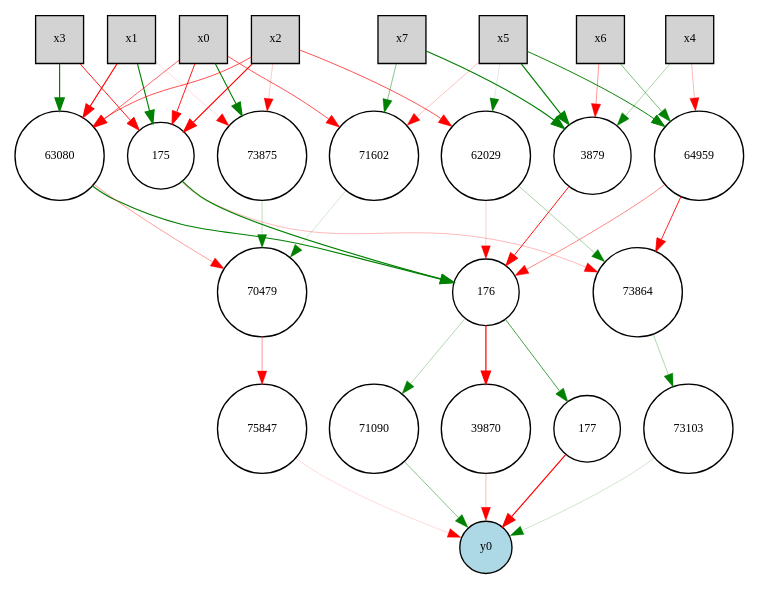
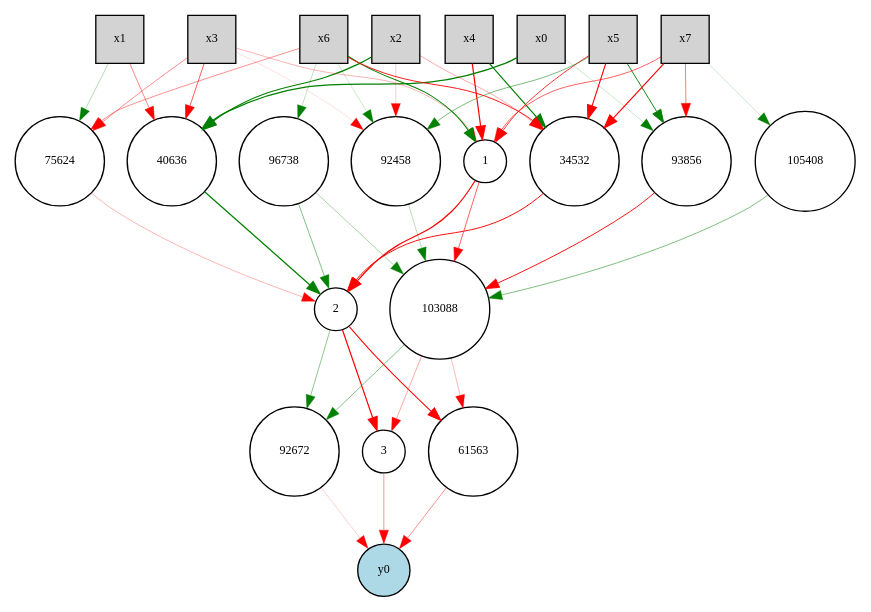
The diagram in Experiments/layered-mvg/trial0.gv (samlurye/CS229-Final-Project), drawn with Graphviz before and after one commit. The commit also changed 19 other files, not shown here.

```diff
--- a/Experiments/layered-mvg/trial0.gv
+++ b/Experiments/layered-mvg/trial0.gv
@@ -1,71 +1,70 @@
 digraph {
 	node [fontsize=9 height=0.1 shape=circle width=0.1]
 	x0 [fillcolor=lightgray height=0.5 shape=box style=filled width=0.5]
 	x1 [fillcolor=lightgray height=0.5 shape=box style=filled width=0.5]
 	x2 [fillcolor=lightgray height=0.5 shape=box style=filled width=0.5]
 	x3 [fillcolor=lightgray height=0.5 shape=box style=filled width=0.5]
 	x4 [fillcolor=lightgray height=0.5 shape=box style=filled width=0.5]
 	x5 [fillcolor=lightgray height=0.5 shape=box style=filled width=0.5]
 	x6 [fillcolor=lightgray height=0.5 shape=box style=filled width=0.5]
 	x7 [fillcolor=lightgray height=0.5 shape=box style=filled width=0.5]
 	y0 [fillcolor=lightblue style=filled]
-	73864 [fillcolor=white style=filled]
-	73103 [fillcolor=white style=filled]
-	73875 [fillcolor=white style=filled]
-	3879 [fillcolor=white style=filled]
-	175 [fillcolor=white style=filled]
-	176 [fillcolor=white style=filled]
-	177 [fillcolor=white style=filled]
-	71090 [fillcolor=white style=filled]
-	71602 [fillcolor=white style=filled]
-	39870 [fillcolor=white style=filled]
-	64959 [fillcolor=white style=filled]
-	75847 [fillcolor=white style=filled]
-	62029 [fillcolor=white style=filled]
-	70479 [fillcolor=white style=filled]
-	63080 [fillcolor=white style=filled]
-	x0 -> 175 [color=red penwidth=0.6799356460667406 style=solid]
-	x1 -> 175 [color=green penwidth=0.8619809511781317 style=solid]
-	175 -> 176 [color=green penwidth=0.9 style=solid]
-	x2 -> 175 [color=red penwidth=0.8853394128922127 style=solid]
-	x3 -> 175 [color=red penwidth=0.6807215270741449 style=solid]
-	176 -> 177 [color=green penwidth=0.5529908949863409 style=solid]
-	177 -> y0 [color=red penwidth=0.9 style=solid]
-	x4 -> 3879 [color=green penwidth=0.24829887966471595 style=solid]
-	3879 -> 176 [color=red penwidth=0.6989396048968377 style=solid]
-	x5 -> 3879 [color=green penwidth=0.9 style=solid]
-	x7 -> 3879 [color=green penwidth=0.9 style=solid]
-	39870 -> y0 [color=red penwidth=0.21037533708134007 style=solid]
-	176 -> 39870 [color=red penwidth=0.9 style=solid]
-	x6 -> 3879 [color=red penwidth=0.30723233058339133 style=solid]
-	x1 -> 63080 [color=red penwidth=0.7632627719158327 style=solid]
-	x4 -> 64959 [color=red penwidth=0.20866739833839681 style=solid]
-	x3 -> 63080 [color=green penwidth=0.886583326918546 style=solid]
-	x2 -> 62029 [color=red penwidth=0.5084076451337604 style=solid]
-	x0 -> 63080 [color=red penwidth=0.4553923014616671 style=solid]
-	x2 -> 63080 [color=red penwidth=0.5200762450297108 style=solid]
-	63080 -> 176 [color=green penwidth=0.9 style=solid]
-	x6 -> 64959 [color=green penwidth=0.3982412638834295 style=solid]
-	x5 -> 64959 [color=green penwidth=0.7334923663960686 style=solid]
-	71090 -> y0 [color=green penwidth=0.3582545994382047 style=solid]
-	x0 -> 71602 [color=red penwidth=0.5095058566683492 style=solid]
-	71602 -> 70479 [color=green penwidth=0.14156241518398838 style=solid]
-	62029 -> 176 [color=red penwidth=0.13708962195268265 style=solid]
-	73103 -> y0 [color=green penwidth=0.14674727600753754 style=solid]
-	73864 -> 73103 [color=green penwidth=0.2415780065871793 style=solid]
-	73875 -> 70479 [color=green penwidth=0.19968938924475252 style=solid]
-	x5 -> 62029 [color=green penwidth=0.10724780221251096 style=solid]
-	x5 -> 71602 [color=red penwidth=0.19215597426387582 style=solid]
-	x0 -> 73875 [color=green penwidth=0.8200888378989961 style=solid]
-	64959 -> 73864 [color=red penwidth=0.6569816519708805 style=solid]
-	x1 -> 73875 [color=red penwidth=0.1106671763148934 style=solid]
-	176 -> 71090 [color=green penwidth=0.22810943426547464 style=solid]
-	64959 -> 176 [color=red penwidth=0.35446634751031003 style=solid]
-	63080 -> 70479 [color=red penwidth=0.29134863860600313 style=solid]
-	x2 -> 73875 [color=red penwidth=0.15739727941795312 style=solid]
-	x7 -> 71602 [color=green penwidth=0.346911635054727 style=solid]
-	175 -> 73864 [color=red penwidth=0.21381898721235287 style=solid]
-	70479 -> 75847 [color=red penwidth=0.30951016998511394 style=solid]
-	75847 -> y0 [color=red penwidth=0.11394712340307687 style=solid]
-	62029 -> 73864 [color=green penwidth=0.25694772337166555 style=solid]
+	92672 [fillcolor=white style=filled]
+	2 [fillcolor=white style=filled]
+	3 [fillcolor=white style=filled]
+	1 [fillcolor=white style=filled]
+	93856 [fillcolor=white style=filled]
+	92458 [fillcolor=white style=filled]
+	103088 [fillcolor=white style=filled]
+	40636 [fillcolor=white style=filled]
+	105408 [fillcolor=white style=filled]
+	96738 [fillcolor=white style=filled]
+	34532 [fillcolor=white style=filled]
+	75624 [fillcolor=white style=filled]
+	61563 [fillcolor=white style=filled]
+	x6 -> 1 [color=green penwidth=0.7852150945472768 style=solid]
+	1 -> 2 [color=red penwidth=0.9 style=solid]
+	3 -> y0 [color=red penwidth=0.32174452631989603 style=solid]
+	2 -> 3 [color=red penwidth=0.9 style=solid]
+	x5 -> 1 [color=red penwidth=0.5856704284709119 style=solid]
+	x4 -> 1 [color=red penwidth=0.9 style=solid]
+	x7 -> 1 [color=red penwidth=0.46157937329316967 style=solid]
+	x3 -> 40636 [color=red penwidth=0.4936513411797039 style=solid]
+	x1 -> 40636 [color=red penwidth=0.36168019827491305 style=solid]
+	x2 -> 40636 [color=green penwidth=0.9 style=solid]
+	x2 -> 34532 [color=red penwidth=0.24998005113154448 style=solid]
+	40636 -> 2 [color=green penwidth=0.9 style=solid]
+	x0 -> 40636 [color=green penwidth=0.9 style=solid]
+	2 -> 61563 [color=red penwidth=0.7706383782868773 style=solid]
+	x4 -> 34532 [color=green penwidth=0.9 style=solid]
+	x6 -> 34532 [color=red penwidth=0.6705255701914706 style=solid]
+	x7 -> 34532 [color=red penwidth=0.8581887905339571 style=solid]
+	x6 -> 75624 [color=red penwidth=0.33238631134570007 style=solid]
+	x3 -> 75624 [color=red penwidth=0.3374560839208457 style=solid]
+	x5 -> 92458 [color=green penwidth=0.39476627170283674 style=solid]
+	75624 -> 2 [color=red penwidth=0.2227844937068149 style=solid]
+	92672 -> y0 [color=red penwidth=0.1522026083281337 style=solid]
+	x7 -> 93856 [color=red penwidth=0.3888516006603473 style=solid]
+	x5 -> 34532 [color=red penwidth=0.8512462997491328 style=solid]
+	x6 -> 92458 [color=green penwidth=0.15470150470787705 style=solid]
+	x1 -> 75624 [color=green penwidth=0.21570023922580508 style=solid]
+	34532 -> 2 [color=red penwidth=0.7085869474290342 style=solid]
+	x2 -> 92458 [color=red penwidth=0.16232689472234313 style=solid]
+	96738 -> 2 [color=green penwidth=0.37248795697282433 style=solid]
+	93856 -> 103088 [color=red penwidth=0.6948476977361975 style=solid]
+	1 -> 103088 [color=red penwidth=0.4603483229331399 style=solid]
+	61563 -> y0 [color=red penwidth=0.32610257529718856 style=solid]
+	92458 -> 103088 [color=green penwidth=0.20754773046247543 style=solid]
+	x3 -> 92458 [color=red penwidth=0.10197790644320714 style=solid]
+	x0 -> 93856 [color=green penwidth=0.16409840616361634 style=solid]
+	103088 -> 61563 [color=red penwidth=0.21143043611971862 style=solid]
+	x6 -> 96738 [color=green penwidth=0.18439027369601485 style=solid]
+	x5 -> 93856 [color=green penwidth=0.6896844993417465 style=solid]
+	2 -> 92672 [color=green penwidth=0.32950256605996664 style=solid]
+	103088 -> 3 [color=red penwidth=0.25868778372959766 style=solid]
+	x7 -> 105408 [color=green penwidth=0.1443044596743622 style=solid]
+	105408 -> 103088 [color=green penwidth=0.37920336352525275 style=solid]
+	x3 -> 1 [color=red penwidth=0.23220932146084258 style=solid]
+	103088 -> 92672 [color=green penwidth=0.3654081269535956 style=solid]
+	96738 -> 103088 [color=green penwidth=0.2571792680830084 style=solid]
 }
```
